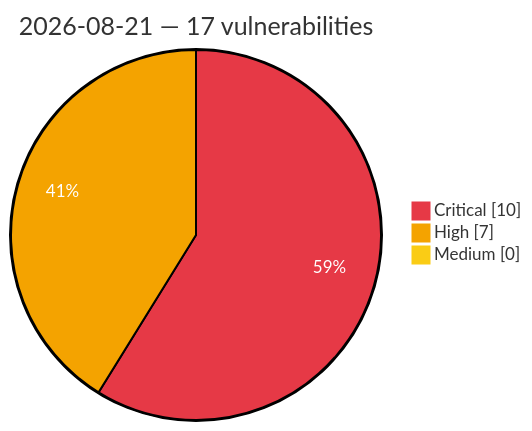
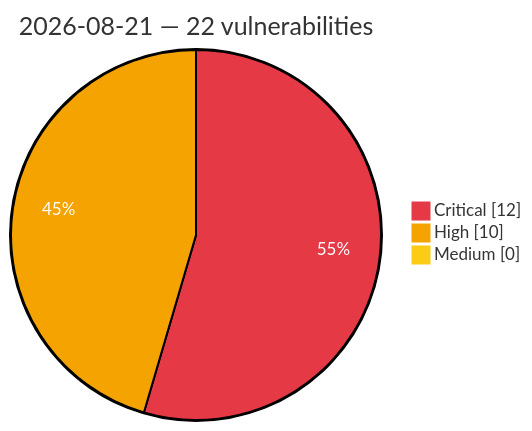
One commit to GhostX0X/vuln-tracker changed the diagram in vulnerabilities/2026/August/2026-08-21.md. Above: the diagram before and after it, drawn with Mermaid. The commit also changed other lines of this file and 5 other files, not shown here.

Commit message:
Auto update: critical/high vulns (2026-08-21 15:03 UTC)

````diff
--- a/vulnerabilities/2026/August/2026-08-21.md
+++ b/vulnerabilities/2026/August/2026-08-21.md
@@ -3,8 +3,8 @@
 ```mermaid
 %%{init: {'theme':'base', 'themeVariables': {'pie1':'#e63946', 'pie2':'#f4a300', 'pie3':'#facc15', 'pieOpacity':'1', 'pieOuterStrokeWidth':'2px', 'pieSectionTextColor':'#ffffff'}}}%%
 pie showData
-    title 2026-08-21 — 17 vulnerabilities
-    "Critical" : 10
-    "High" : 7
+    title 2026-08-21 — 22 vulnerabilities
+    "Critical" : 12
+    "High" : 10
     "Medium" : 0
 ```
````
